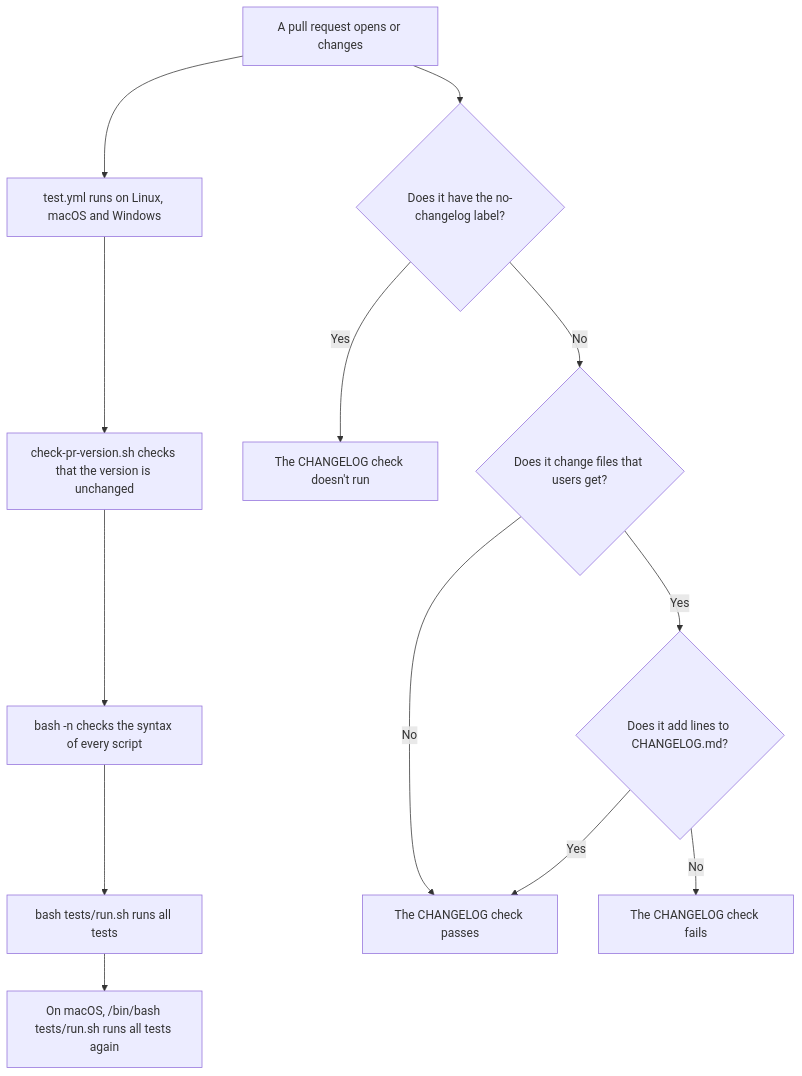
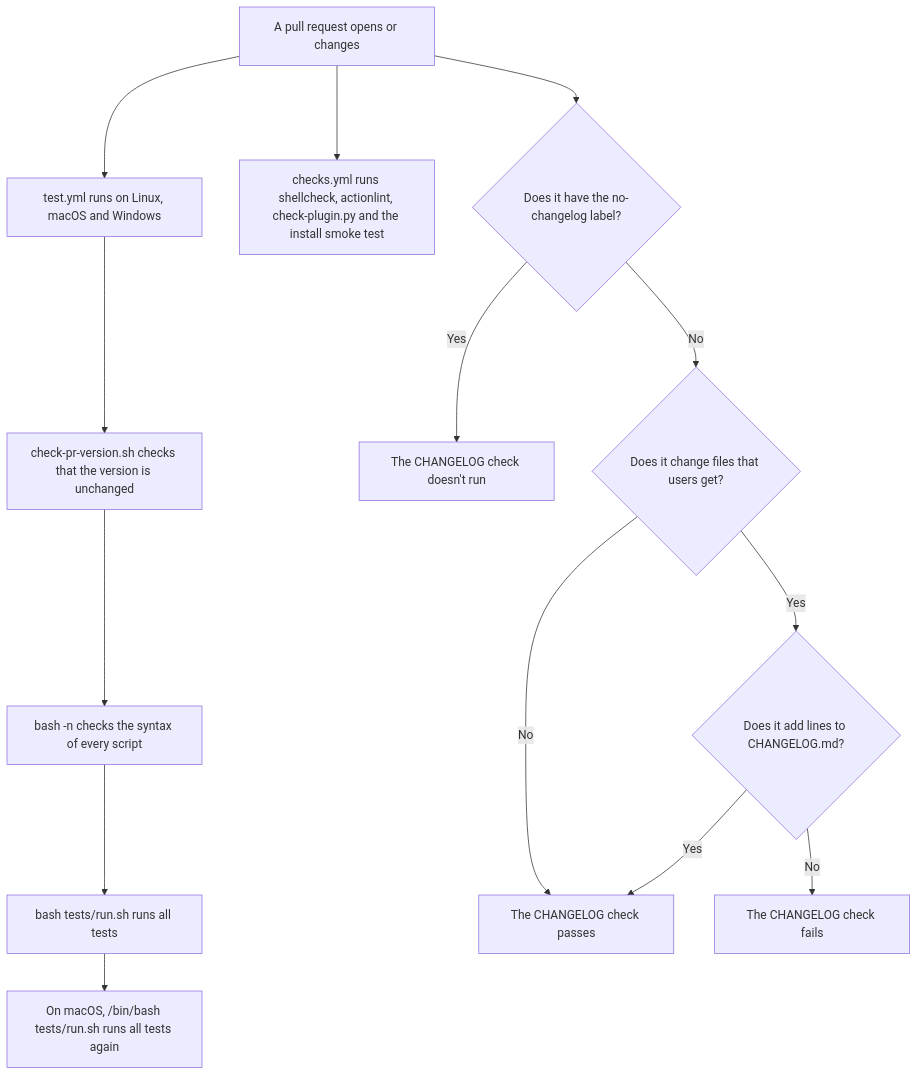
Before and after one commit to DreKwasi/shipinetics: the second of 3 diagrams in CONTRIBUTING.md, drawn with Mermaid. The commit also changed other lines of this file and 14 other files, not shown here.

````diff
--- a/CONTRIBUTING.md
+++ b/CONTRIBUTING.md
@@ -130,15 +141,16 @@
 ```mermaid
 flowchart TD
   pr["A pull request opens or changes"] --> test["test.yml runs on Linux, macOS and Windows"]
+  pr --> checks["checks.yml runs shellcheck, actionlint, check-plugin.py and the install smoke test"]
   pr --> label{"Does it have the no-changelog label?"}
   test --> ver["check-pr-version.sh checks that the version is unchanged"]
   ver --> syn["bash -n checks the syntax of every script"]
   syn --> run["bash tests/run.sh runs all tests"]
   run --> mac["On macOS, /bin/bash tests/run.sh runs all tests again"]
   label -->|"Yes"| skip["The CHANGELOG check doesn't run"]
   label -->|"No"| files{"Does it change files that users get?"}
   files -->|"No"| pass["The CHANGELOG check passes"]
   files -->|"Yes"| lines{"Does it add lines to CHANGELOG.md?"}
   lines -->|"Yes"| pass
   lines -->|"No"| fail["The CHANGELOG check fails"]
 ```
````
